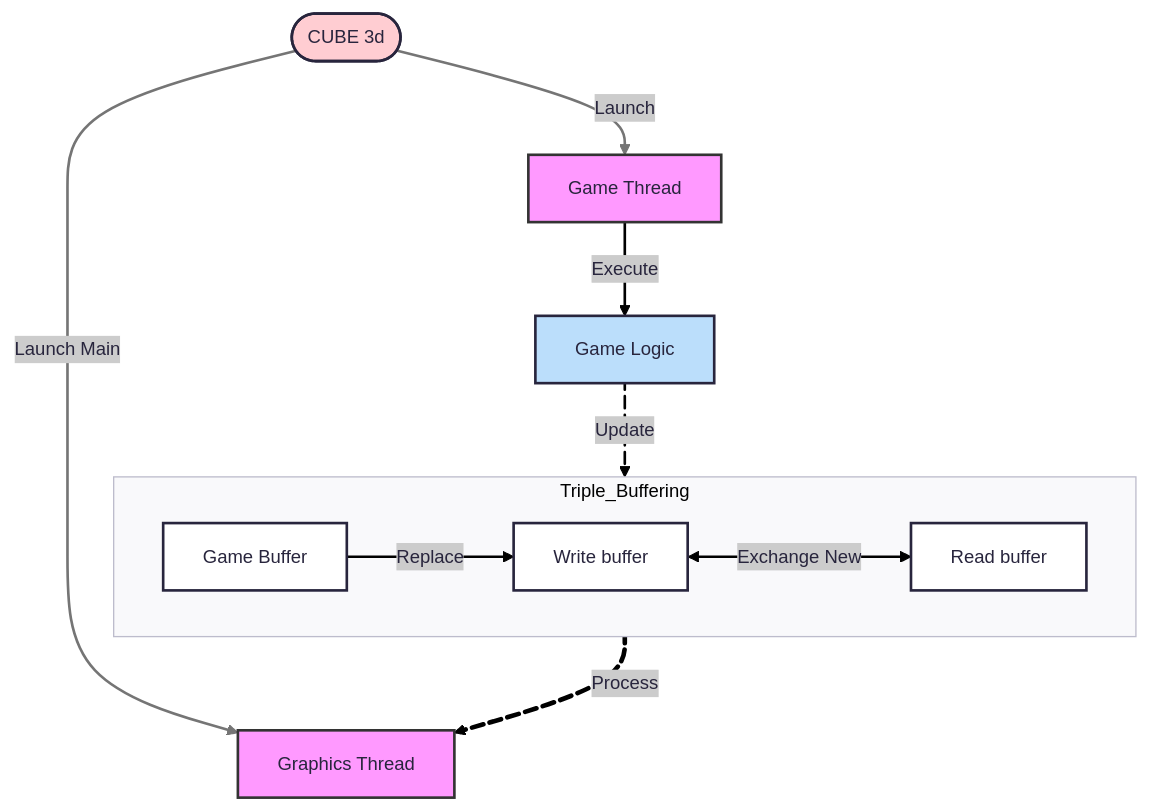
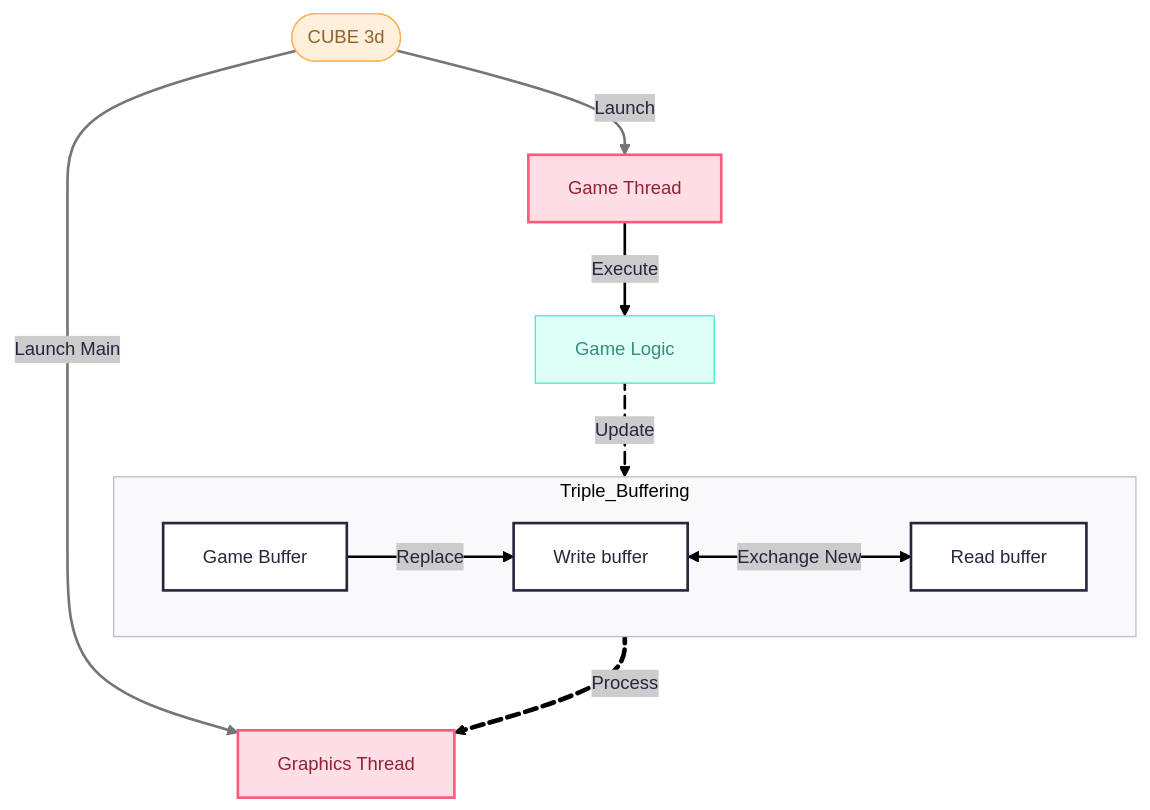
Before and after one commit to Furia25/cub4d: the diagram in README.md, drawn with Mermaid.

````diff
--- a/README.md
+++ b/README.md
@@ -1,32 +1,42 @@
 ```mermaid
 ---
 config:
   theme: redux
   look: classic
   layout: dagre
 ---
 flowchart TD
  subgraph Triple_Buffering["Triple_Buffering"]
     direction LR
         Buffer1["Game Buffer"]
         Buffer2["Write buffer"]
         Buffer3["Read buffer"]
   end
     n1["CUBE 3d <br>"] -- Launch --> GameThread["Game Thread"]
     n1 -- Launch Main --> GraphicsThread["Graphics Thread"]
     Buffer1 -- Replace --> Buffer2
     Buffer2 <-- Exchange New --> Buffer3
     Buffer3 L_Buffer3_GraphicsThread_0@== Process ==> GraphicsThread
     GameThread -- Execute --> n2["Game Logic <br>"]
     n2 L_n2_Triple_Buffering_0@-- Update --> Triple_Buffering
     n1@{ shape: terminal}
-    style n1 fill:#FFCDD2
-    style GameThread fill:#f9f,stroke:#333,stroke-width:2px
-    style GraphicsThread fill:#f9f,stroke:#333,stroke-width:2px
-    style n2 fill:#BBDEFB
+     n1:::Ash
+     n1:::Aqua
+     n1:::Peach
+     GameThread:::Rose
+     GraphicsThread:::Rose
+     n2:::Aqua
+    classDef Rose stroke-width:1px, stroke-dasharray:none, stroke:#FF5978, fill:#FFDFE5, color:#8E2236
+    classDef Ash stroke-width:1px, stroke-dasharray:none, stroke:#999999, fill:#EEEEEE, color:#000000
+    classDef Aqua stroke-width:1px, stroke-dasharray:none, stroke:#46EDC8, fill:#DEFFF8, color:#378E7A
+    classDef Peach stroke-width:1px, stroke-dasharray:none, stroke:#FBB35A, fill:#FFEFDB, color:#8F632D
+    style GameThread stroke-width:2px
+    style GraphicsThread stroke-width:2px
     linkStyle 0 stroke:#757575,fill:none
     linkStyle 1 stroke:#757575,fill:none
     L_Buffer3_GraphicsThread_0@{ animation: fast } 
     L_n2_Triple_Buffering_0@{ animation: fast }
 
+
+
 ```
````
